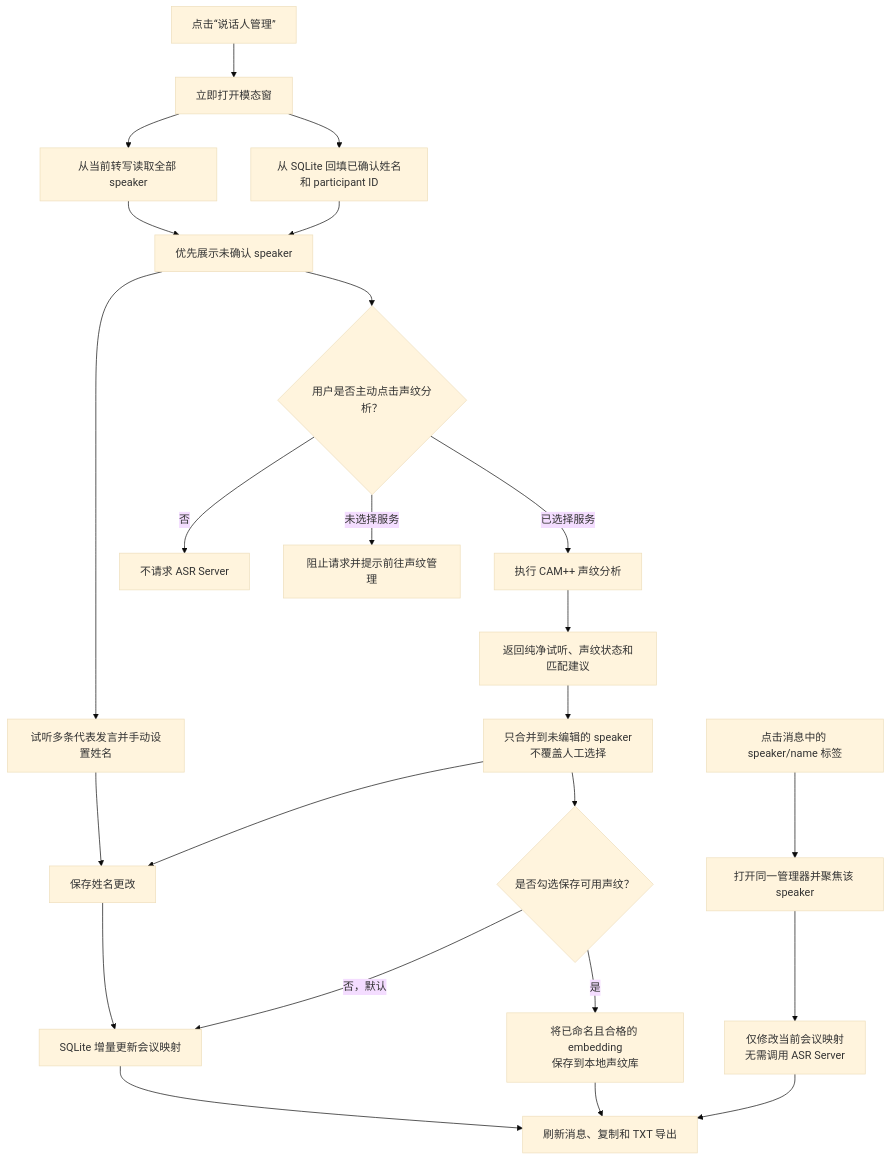
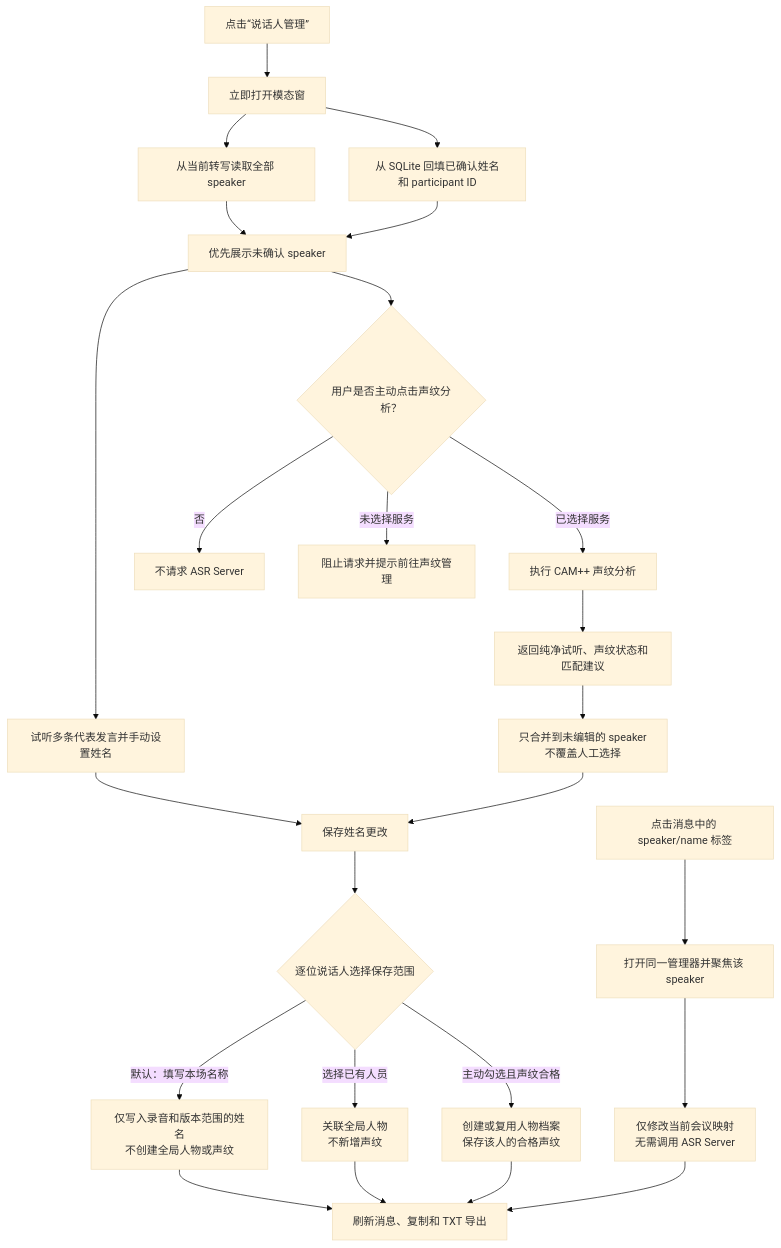
Before and after one commit to kwp-lab/nota: the first of 2 diagrams in docs/speaker-identification.md, drawn with Mermaid (base theme). The commit also changed other lines of this file and 22 other files, not shown here.

````diff
--- a/docs/speaker-identification.md
+++ b/docs/speaker-identification.md
@@ -13,29 +13,30 @@
 ```mermaid
 flowchart TD
     A["点击“说话人管理”"] --> B["立即打开模态窗"]
     B --> C["从当前转写读取全部 speaker"]
     B --> D["从 SQLite 回填已确认姓名和 participant ID"]
     C --> E["优先展示未确认 speaker"]
     D --> E
 
     E --> F["试听多条代表发言并手动设置姓名"]
     E --> G{"用户是否主动点击声纹分析？"}
     G -->|"否"| H["不请求 ASR Server"]
     G -->|"未选择服务"| I["阻止请求并提示前往声纹管理"]
     G -->|"已选择服务"| J["执行 CAM++ 声纹分析"]
     J --> K["返回纯净试听、声纹状态和匹配建议"]
     K --> L["只合并到未编辑的 speaker<br/>不覆盖人工选择"]
 
     F --> M["保存姓名更改"]
     L --> M
-    M --> N["SQLite 增量更新会议映射"]
-    L --> O{"是否勾选保存可用声纹？"}
-    O -->|"否，默认"| N
-    O -->|"是"| P["将已命名且合格的 embedding<br/>保存到本地声纹库"]
+    M --> O{"逐位说话人选择保存范围"}
+    O -->|"默认：填写本场名称"| N["仅写入录音和版本范围的姓名<br/>不创建全局人物或声纹"]
+    O -->|"选择已有人员"| V["关联全局人物<br/>不新增声纹"]
+    O -->|"主动勾选且声纹合格"| P["创建或复用人物档案<br/>保存该人的合格声纹"]
+    V --> Q
     N --> Q["刷新消息、复制和 TXT 导出"]
     P --> Q
 
     R["点击消息中的 speaker/name 标签"] --> S["打开同一管理器并聚焦该 speaker"]
     S --> T["仅修改当前会议映射<br/>无需调用 ASR Server"]
     T --> Q
 ```
````
